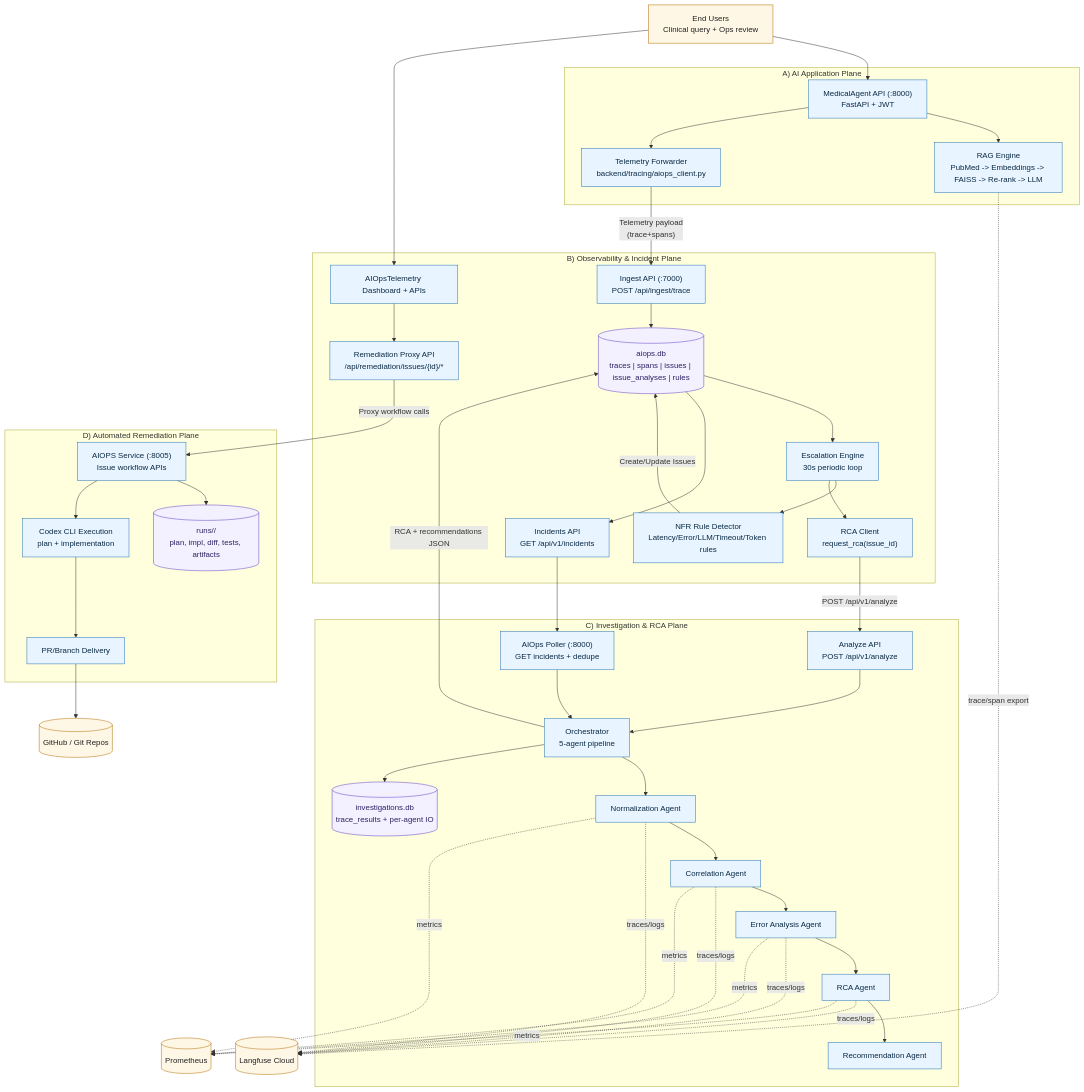
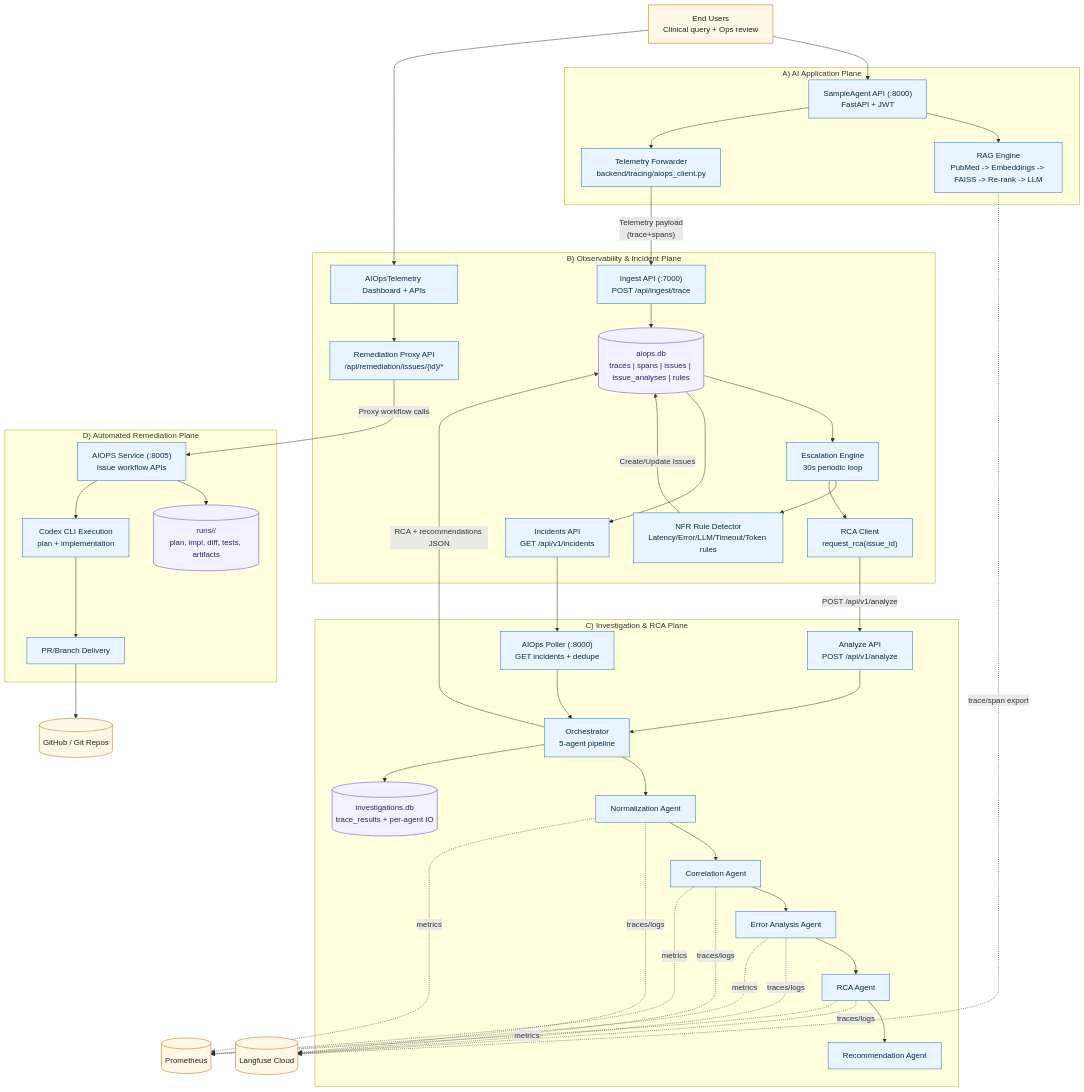
One commit to vinayakram/AIOPS_Repo changed the diagram in Invastigate_flow_with_Poller/architecture/aiops_architecture_professional_v2.mmd. Above: the diagram before and after it, drawn with Mermaid. The commit also changed 87 other files, not shown here.

```diff
--- a/Invastigate_flow_with_Poller/architecture/aiops_architecture_professional_v2.mmd
+++ b/Invastigate_flow_with_Poller/architecture/aiops_architecture_professional_v2.mmd
@@ -1,110 +1,110 @@
 flowchart TB
   %% ==============================================
   %% PROFESSIONAL ARCHITECTURE VIEW (STATIC SYSTEM)
   %% ==============================================
 
   %% External / Users
   USER["End Users\nClinical query + Ops review"]
   LANGFUSE[("Langfuse Cloud")]
   PROM[("Prometheus")]
   GIT[("GitHub / Git Repos")]
 
   %% Domain A: AI Application Plane
   subgraph APP ["A) AI Application Plane"]
-    MA_API["MedicalAgent API (:8000)\nFastAPI + JWT"]
+    MA_API["SampleAgent API (:8000)\nFastAPI + JWT"]
     MA_PIPE["RAG Engine\nPubMed -> Embeddings -> FAISS -> Re-rank -> LLM"]
     MA_TR["Telemetry Forwarder\nbackend/tracing/aiops_client.py"]
   end
 
   %% Domain B: Observability + Incident Plane
   subgraph OBS ["B) Observability & Incident Plane"]
     AT_ING["Ingest API (:7000)\nPOST /api/ingest/trace"]
     AT_DB[("aiops.db\ntraces | spans | issues | issue_analyses | rules")]
     AT_ESC["Escalation Engine\n30s periodic loop"]
     AT_DET["NFR Rule Detector\nLatency/Error/LLM/Timeout/Token rules"]
     AT_INC["Incidents API\nGET /api/v1/incidents"]
     AT_RCA["RCA Client\nrequest_rca(issue_id)"]
     AT_DASH["AIOpsTelemetry Dashboard + APIs"]
     AT_REMP["Remediation Proxy API\n/api/remediation/issues/{id}/*"]
   end
 
   %% Domain C: Investigation / RCA Plane
   subgraph RCA ["C) Investigation & RCA Plane"]
     INV_POLL["AIOps Poller (:8000)\nGET incidents + dedupe"]
     INV_ORCH["Orchestrator\n5-agent pipeline"]
     INV_NORM["Normalization Agent"]
     INV_CORR["Correlation Agent"]
     INV_EA["Error Analysis Agent"]
     INV_RCA["RCA Agent"]
     INV_REC["Recommendation Agent"]
     INV_DB[("investigations.db\ntrace_results + per-agent IO")]
     INV_API["Analyze API\nPOST /api/v1/analyze"]
   end
 
   %% Domain D: Remediation Plane
   subgraph REM ["D) Automated Remediation Plane"]
     RM_API["AIOPS Service (:8005)\nIssue workflow APIs"]
     RM_STATE[("runs/<issue_id>/\nplan, impl, diff, tests, artifacts")]
     RM_CODEX["Codex CLI Execution\nplan + implementation"]
     RM_PR["PR/Branch Delivery"]
   end
 
   %% User interactions
   USER --> MA_API
   USER --> AT_DASH
 
-  %% MedicalAgent internals
+  %% SampleAgent internals
   MA_API --> MA_PIPE
   MA_PIPE -. trace/span export .-> LANGFUSE
   MA_API --> MA_TR
 
   %% Data plane flow
   MA_TR -->|"Telemetry payload\n(trace+spans)"| AT_ING
   AT_ING --> AT_DB
   AT_DB --> AT_ESC
   AT_ESC --> AT_DET
   AT_DET -->|"Create/Update Issues"| AT_DB
   AT_DB --> AT_INC
 
   %% RCA triggering options
   AT_ESC --> AT_RCA
   AT_RCA -->|"POST /api/v1/analyze"| INV_API
   INV_API --> INV_ORCH
   AT_INC --> INV_POLL
   INV_POLL --> INV_ORCH
 
   %% RCA pipeline composition
   INV_ORCH --> INV_NORM --> INV_CORR --> INV_EA --> INV_RCA --> INV_REC
   INV_ORCH --> INV_DB
 
   %% Investigative data sources
   INV_NORM -. traces/logs .-> LANGFUSE
   INV_CORR -. traces/logs .-> LANGFUSE
   INV_EA -. traces/logs .-> LANGFUSE
   INV_RCA -. traces/logs .-> LANGFUSE
 
   INV_NORM -. metrics .-> PROM
   INV_CORR -. metrics .-> PROM
   INV_EA -. metrics .-> PROM
   INV_RCA -. metrics .-> PROM
 
   %% RCA result back to telemetry store
   INV_ORCH -->|"RCA + recommendations JSON"| AT_DB
 
   %% Remediation control plane
   AT_DASH --> AT_REMP
   AT_REMP -->|"Proxy workflow calls"| RM_API
   RM_API --> RM_STATE
   RM_API --> RM_CODEX
   RM_CODEX --> RM_PR
   RM_PR --> GIT
 
   %% Style
   classDef ext fill:#fff7e6,stroke:#b26b00,stroke-width:1px,color:#222;
   classDef svc fill:#e8f4ff,stroke:#1f6fb2,stroke-width:1px,color:#0b2a44;
   classDef db fill:#f3f0ff,stroke:#5f3dc4,stroke-width:1px,color:#2c2463;
   classDef ctrl fill:#eafbea,stroke:#2b8a3e,stroke-width:1px,color:#1f4f2a;
 
   class USER,LANGFUSE,PROM,GIT ext;
   class MA_API,MA_PIPE,MA_TR,AT_ING,AT_ESC,AT_DET,AT_INC,AT_RCA,AT_DASH,AT_REMP,INV_POLL,INV_ORCH,INV_NORM,INV_CORR,INV_EA,INV_RCA,INV_REC,INV_API,RM_API,RM_CODEX,RM_PR svc;
   class AT_DB,INV_DB,RM_STATE db;
```
